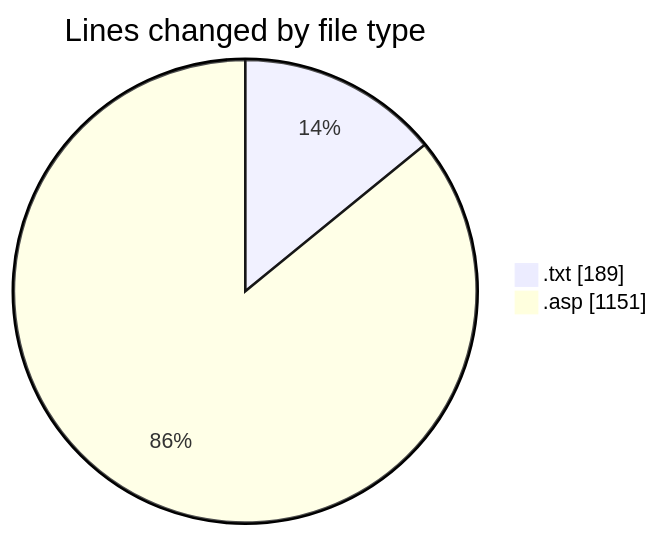
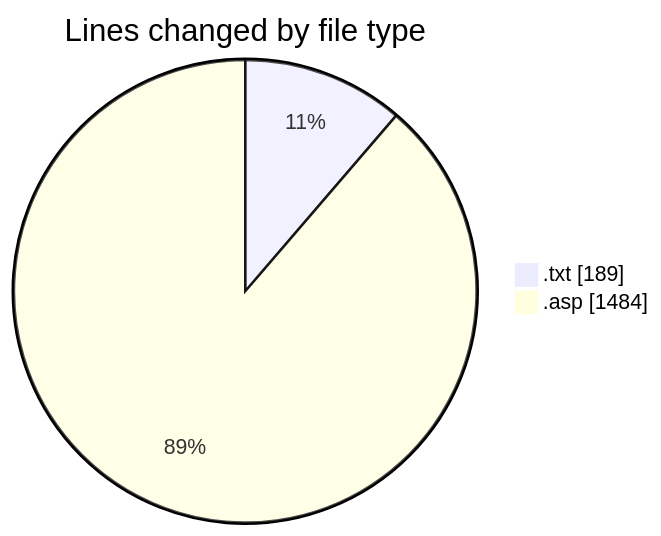
Before and after one commit to julien-gomy/code-tracking: the first of 2 diagrams in 2025-11-07/cdp_aleoudev_fr__workspace_/README.md, drawn with Mermaid. The commit also changed other lines of this file and 1 other file, not shown here.

````diff
--- a/2025-11-07/cdp_aleoudev_fr__workspace_/README.md
+++ b/2025-11-07/cdp_aleoudev_fr__workspace_/README.md
@@ -21,6 +22,6 @@
 ```mermaid
 pie showData
 title Lines changed by file type
 ".txt" : 189
-".asp" : 1151
+".asp" : 1484
 ```
````
